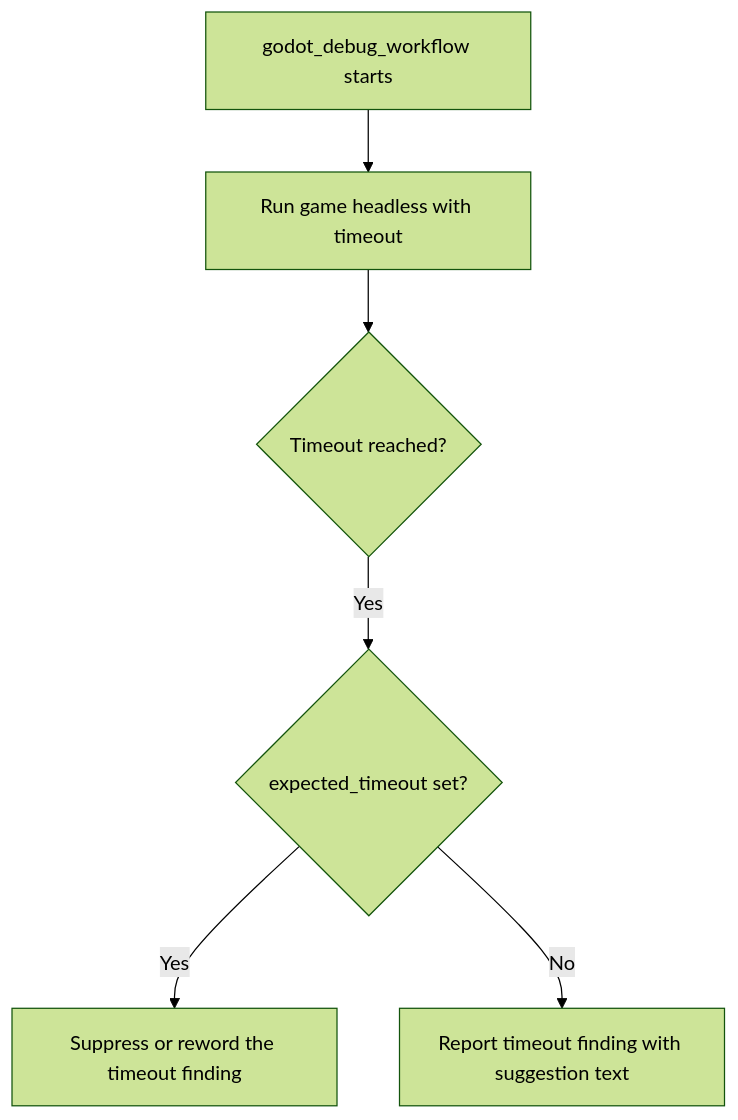
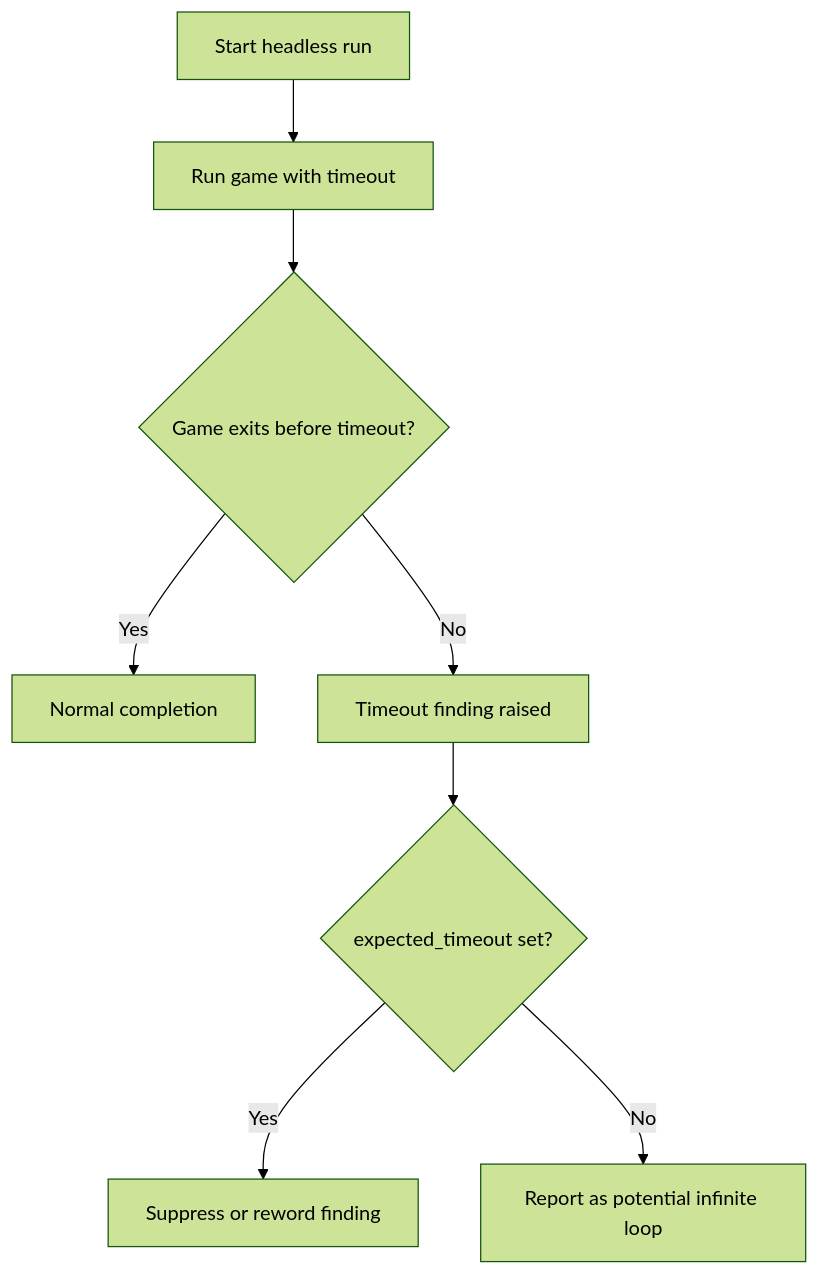
One commit to hybridindie/wiki-fabric changed the diagram in wiki/topics/headless-run-timeout-handling.md. Above: the diagram before and after it, drawn with Mermaid (forest theme). The commit also changed other lines of this file and 43 other files, not shown here.

````diff
--- a/wiki/topics/headless-run-timeout-handling.md
+++ b/wiki/topics/headless-run-timeout-handling.md
@@ -30,8 +30,10 @@
 ```mermaid
 flowchart TD
-    A[godot_debug_workflow starts] --> B[Run game headless with timeout]
-    B --> C{Timeout reached?}
-    C -- Yes --> D{expected_timeout set?}
-    D -- Yes --> E[Suppress or reword the timeout finding]
-    D -- No --> F[Report timeout finding with suggestion text]
+    A[Start headless run] --> B[Run game with timeout]
+    B --> C{Game exits before timeout?}
+    C -- Yes --> D[Normal completion]
+    C -- No --> E[Timeout finding raised]
+    E --> F{expected_timeout set?}
+    F -- Yes --> G[Suppress or reword finding]
+    F -- No --> H[Report as potential infinite loop]
 ```
````
